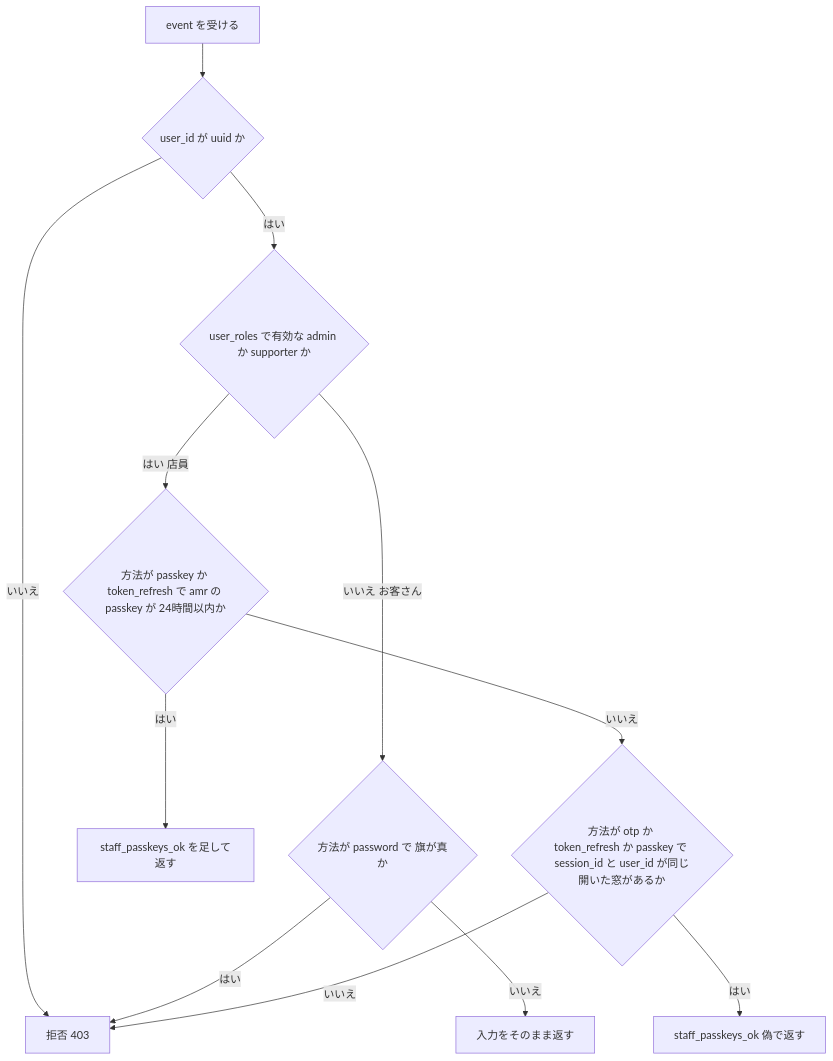
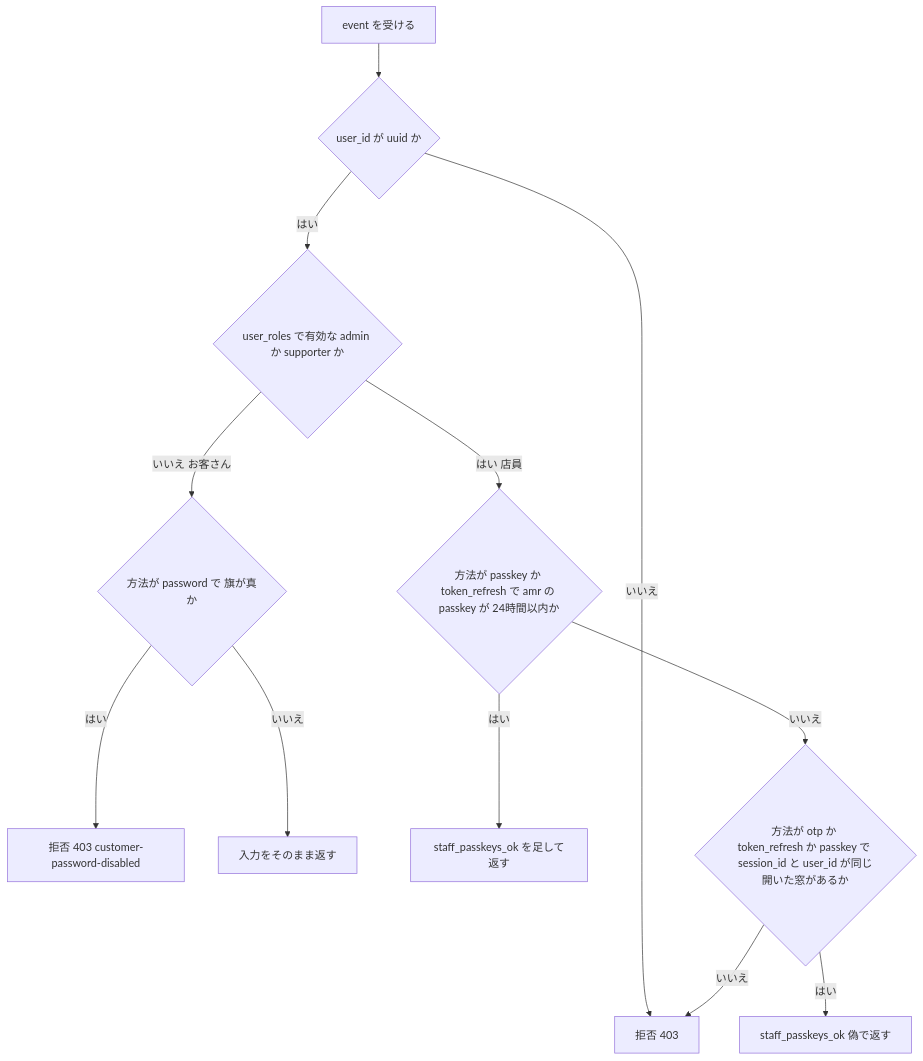
The second of 7 diagrams in docs/04_DetailDesign/sequence/auth-staff-passkey-entry.md (ChocoWork/o_official), drawn with Mermaid before and after one commit. The commit also changed other lines of this file and 11 other files, not shown here.

````diff
--- a/docs/04_DetailDesign/sequence/auth-staff-passkey-entry.md
+++ b/docs/04_DetailDesign/sequence/auth-staff-passkey-entry.md
@@ -70,14 +70,14 @@
 ```mermaid
 flowchart TD
     A[event を受ける] --> B{user_id が uuid か}
     B -- いいえ --> R[拒否 403]
     B -- はい --> C{user_roles で有効な admin か supporter か}
     C -- いいえ お客さん --> D{方法が password で 旗が真か}
-    D -- はい --> R
+    D -- はい --> RC[拒否 403 customer-password-disabled]
     D -- いいえ --> P0[入力をそのまま返す]
     C -- はい 店員 --> E{方法が passkey か token_refresh で amr の passkey が 24時間以内か}
     E -- はい --> P1[staff_passkeys_ok を足して返す]
     E -- いいえ --> F{方法が otp か token_refresh か passkey で session_id と user_id が同じ開いた窓があるか}
     F -- はい --> P2[staff_passkeys_ok 偽で返す]
     F -- いいえ --> R
 ```
````
